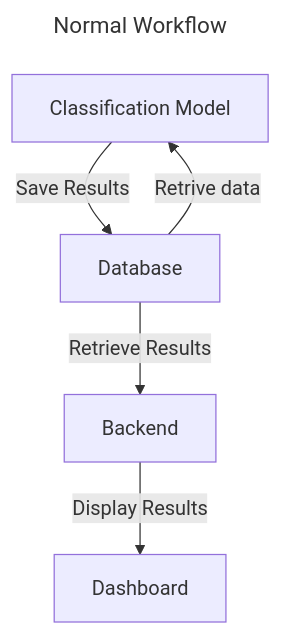
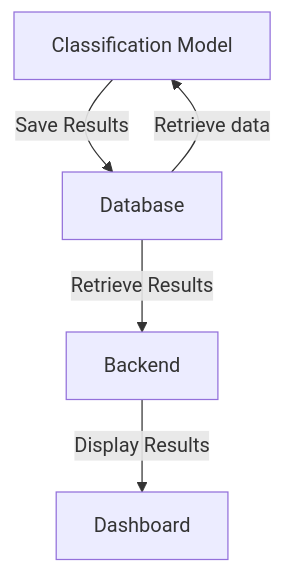
The first of 2 diagrams in README.md (SDCVO/ai-agent-oil-analysis), drawn with Mermaid before and after one commit. The commit also changed other lines of this file and 5 other files, not shown here.

````diff
--- a/README.md
+++ b/README.md
@@ -16,16 +42,13 @@
-```mermaid	
----
-title: Normal Workflow
----
+```mermaid
 flowchart TB
     A[Dashboard] 
     B[Backend]
     C[Classification Model]
     D[Database]
 
-    C --Save Results--> D
-    D --Retrive data--> C
+    C -- Save Results --> D
+    D -- Retrieve data --> C
 
     D -- Retrieve Results --> B
     B -- Display Results --> A
 ```
````
